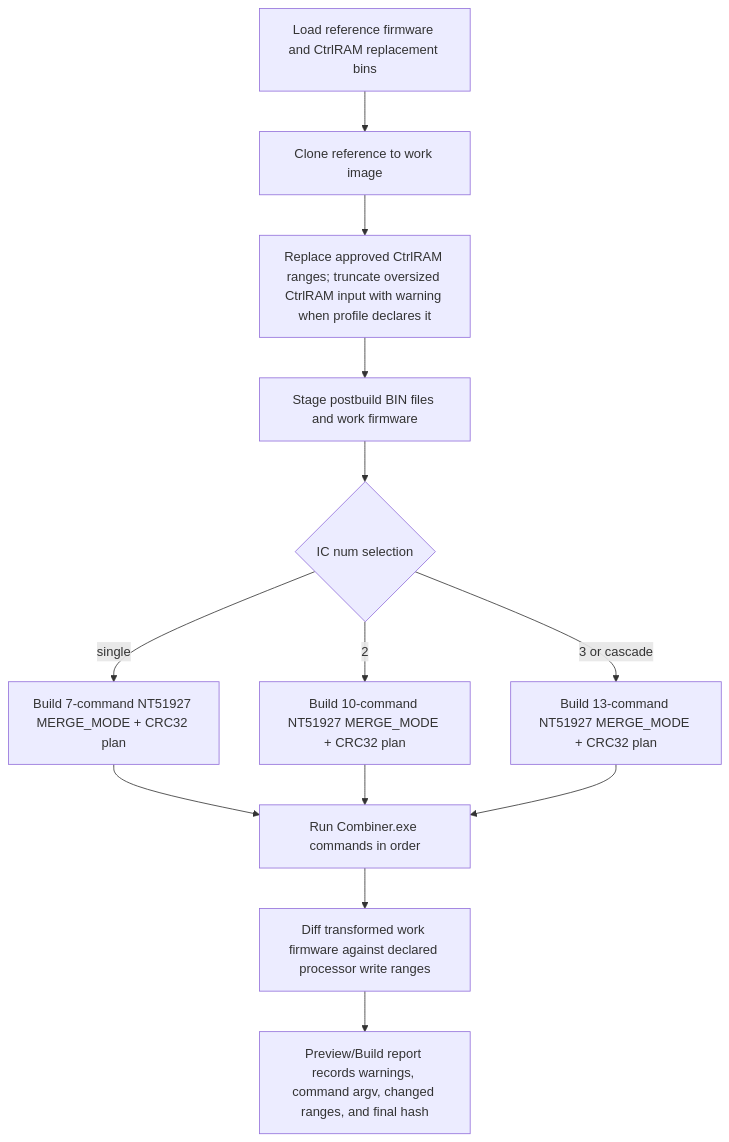
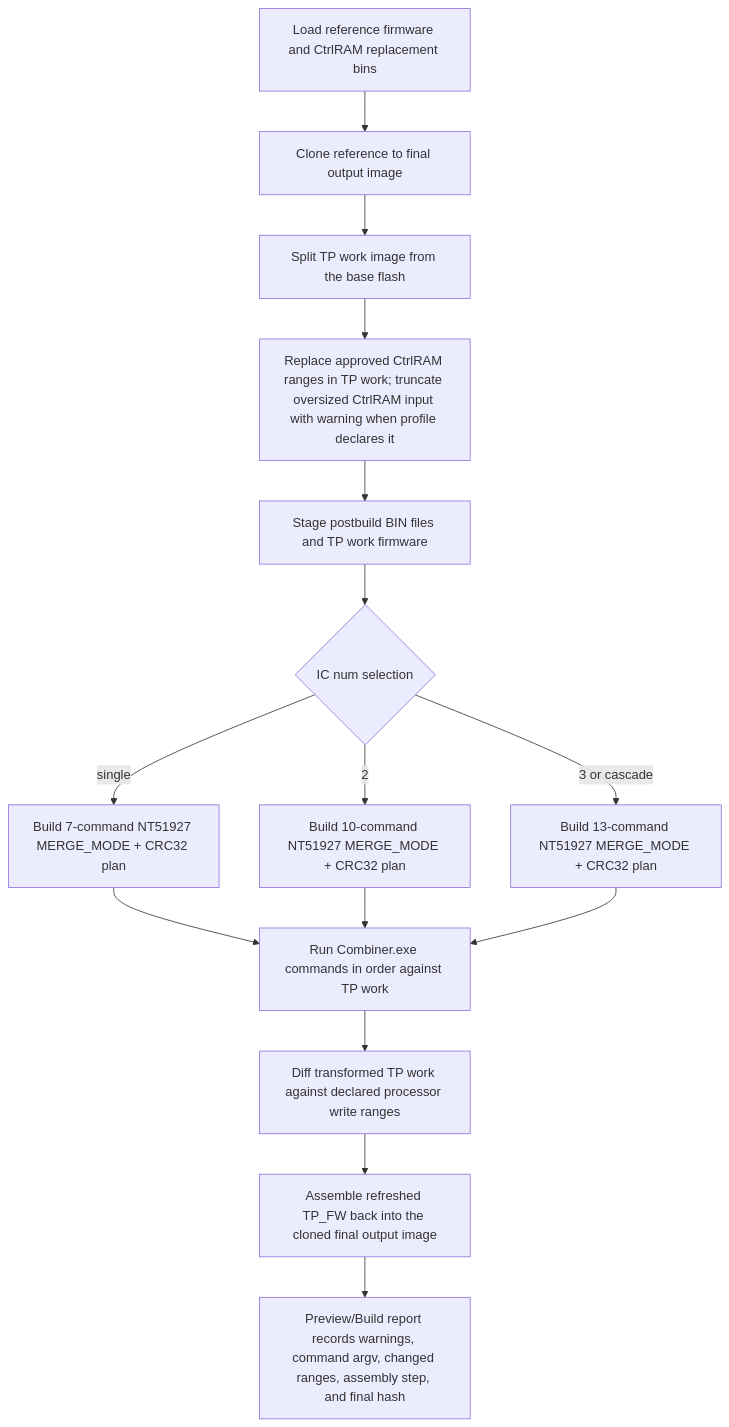
The seventh of 12 diagrams in docs/architecture/ic-workflow-flowcharts.md (Dennis40816/nvt_fw_combiner), drawn with Mermaid before and after one commit. The commit also changed 8 other files, not shown here.

Commit message:
Assemble NT51927 CtrlRAM postbuild from TP work

````diff
--- a/docs/architecture/ic-workflow-flowcharts.md
+++ b/docs/architecture/ic-workflow-flowcharts.md
@@ -163,15 +163,17 @@
 ```mermaid
 flowchart TD
-    A["Load reference firmware and CtrlRAM replacement bins"] --> B["Clone reference to work image"]
-    B --> C["Replace approved CtrlRAM ranges; truncate oversized CtrlRAM input with warning when profile declares it"]
-    C --> D["Stage postbuild BIN files and work firmware"]
-    D --> E{"IC num selection"}
-    E -- "single" --> F["Build 7-command NT51927 MERGE_MODE + CRC32 plan"]
-    E -- "2" --> G["Build 10-command NT51927 MERGE_MODE + CRC32 plan"]
-    E -- "3 or cascade" --> H["Build 13-command NT51927 MERGE_MODE + CRC32 plan"]
-    F --> I["Run Combiner.exe commands in order"]
-    G --> I
-    H --> I
-    I --> J["Diff transformed work firmware against declared processor write ranges"]
-    J --> K["Preview/Build report records warnings, command argv, changed ranges, and final hash"]
+    A["Load reference firmware and CtrlRAM replacement bins"] --> B["Clone reference to final output image"]
+    B --> C["Split TP work image from the base flash"]
+    C --> D["Replace approved CtrlRAM ranges in TP work; truncate oversized CtrlRAM input with warning when profile declares it"]
+    D --> E["Stage postbuild BIN files and TP work firmware"]
+    E --> F{"IC num selection"}
+    F -- "single" --> G["Build 7-command NT51927 MERGE_MODE + CRC32 plan"]
+    F -- "2" --> H["Build 10-command NT51927 MERGE_MODE + CRC32 plan"]
+    F -- "3 or cascade" --> I["Build 13-command NT51927 MERGE_MODE + CRC32 plan"]
+    G --> J["Run Combiner.exe commands in order against TP work"]
+    H --> J
+    I --> J
+    J --> K["Diff transformed TP work against declared processor write ranges"]
+    K --> L["Assemble refreshed TP_FW back into the cloned final output image"]
+    L --> M["Preview/Build report records warnings, command argv, changed ranges, assembly step, and final hash"]
 ```
````
